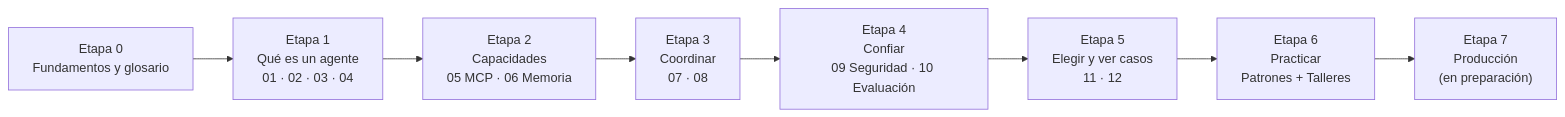
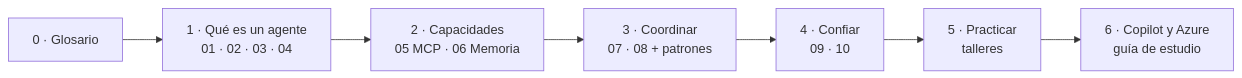
Before and after one commit to edzamo/software-engineering: the diagram in ai-engineering/README.md, drawn with Mermaid. The commit also changed other lines of this file and 29 other files, not shown here.

First line of the commit message:
docs(ai-engineering): consolidar conceptos en 10 temas y sumar Copilot y Azure

````diff
--- a/ai-engineering/README.md
+++ b/ai-engineering/README.md
@@ -23,10 +22,4 @@
 ```mermaid
 graph LR
-    E0["Etapa 0<br/>Fundamentos y glosario"] --> E1["Etapa 1<br/>Qué es un agente<br/>01 · 02 · 03 · 04"]
-    E1 --> E2["Etapa 2<br/>Capacidades<br/>05 MCP · 06 Memoria"]
-    E2 --> E3["Etapa 3<br/>Coordinar<br/>07 · 08"]
-    E3 --> E4["Etapa 4<br/>Confiar<br/>09 Seguridad · 10 Evaluación"]
-    E4 --> E5["Etapa 5<br/>Elegir y ver casos<br/>11 · 12"]
-    E5 --> E6["Etapa 6<br/>Practicar<br/>Patrones + Talleres"]
-    E6 --> E7["Etapa 7<br/>Producción<br/>(en preparación)"]
+    E0["0 · Glosario"] --> E1["1 · Qué es un agente<br/>01 · 02 · 03 · 04"] --> E2["2 · Capacidades<br/>05 MCP · 06 Memoria"] --> E3["3 · Coordinar<br/>07 · 08 + patrones"] --> E4["4 · Confiar<br/>09 · 10"] --> E5["5 · Practicar<br/>talleres"] --> E6["6 · Copilot y Azure<br/>guía de estudio"]
 ```
````
